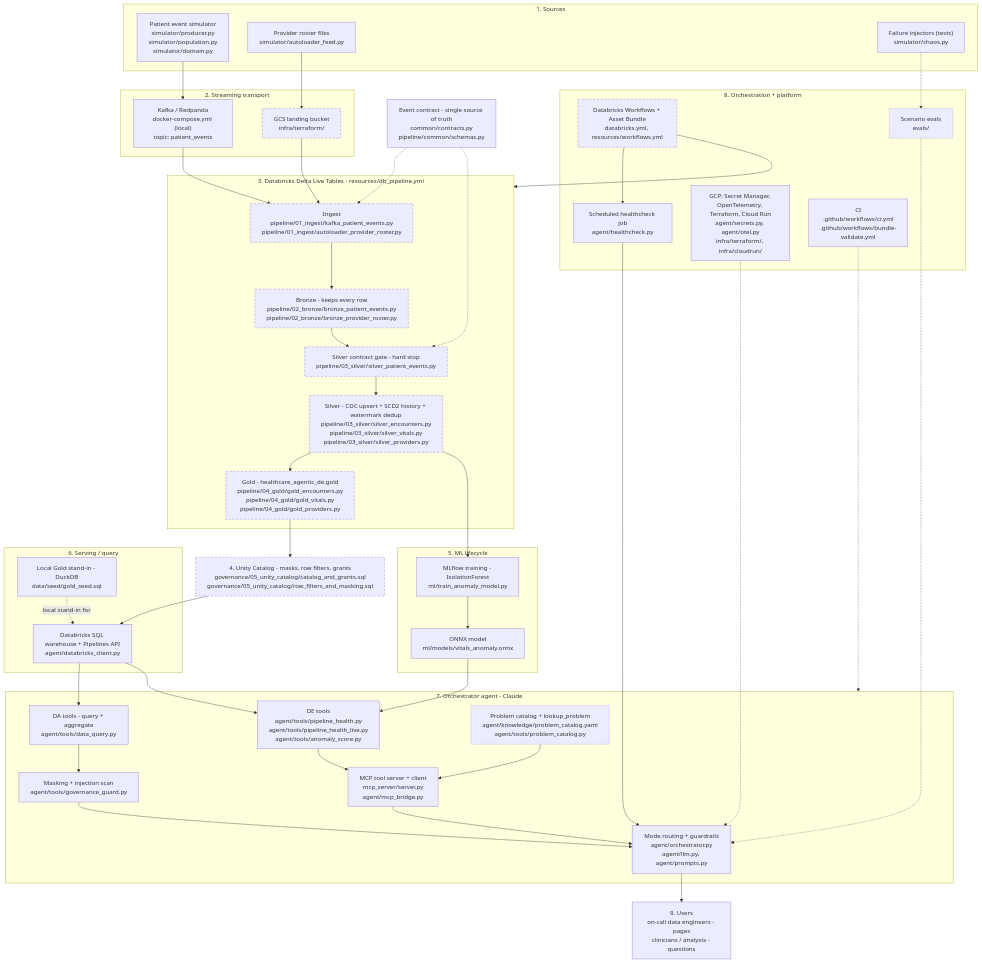
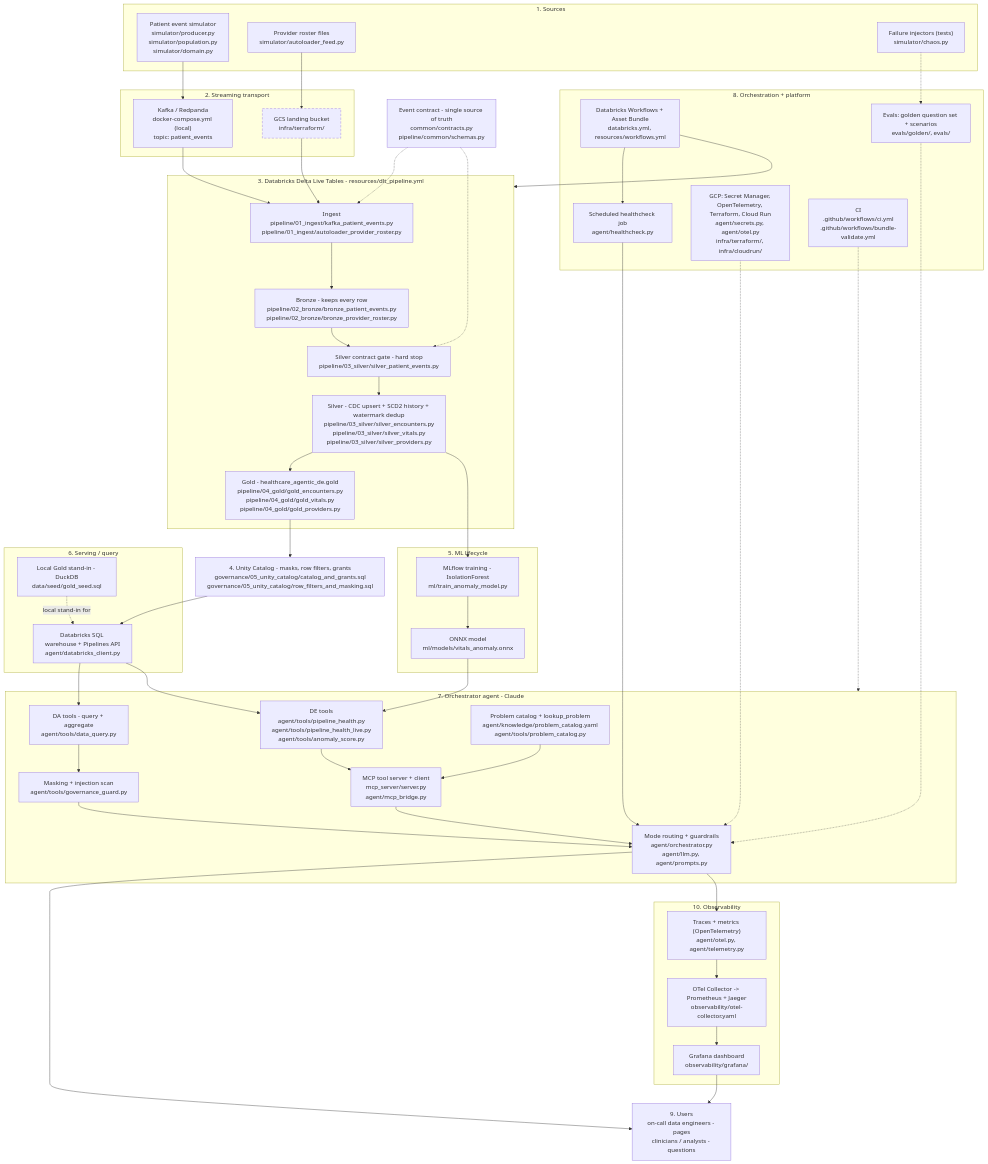
One commit to sumanthreddy369/databricks-agentic-de changed the diagram in docs/stack_flow.md. Above: the diagram before and after it, drawn with Mermaid. The commit also changed other lines of this file and 20 other files, not shown here.

````diff
--- a/docs/stack_flow.md
+++ b/docs/stack_flow.md
@@ -59,7 +57,13 @@
         HC["Scheduled healthcheck job<br/>agent/healthcheck.py"]
         GCP["GCP: Secret Manager, OpenTelemetry, Terraform, Cloud Run<br/>agent/secrets.py, agent/otel.py<br/>infra/terraform/, infra/cloudrun/"]
         CI["CI<br/>.github/workflows/ci.yml<br/>.github/workflows/bundle-validate.yml"]
-        EVAL["Scenario evals<br/>evals/"]
+        EVAL["Evals: golden question set + scenarios<br/>evals/golden/, evals/"]
+    end
+
+    subgraph OBSV["10. Observability"]
+        TEL["Traces + metrics (OpenTelemetry)<br/>agent/otel.py, agent/telemetry.py"]
+        COL["OTel Collector -> Prometheus + Jaeger<br/>observability/otel-collector.yaml"]
+        GRAF["Grafana dashboard<br/>observability/grafana/"]
     end
 
     USERS["9. Users<br/>on-call data engineers - pages<br/>clinicians / analysts - questions"]
@@ -90,9 +94,9 @@
     CI -.-> AGENT
     EVAL -.-> ORCH
     CHAOS -.-> EVAL
+    ORCH --> TEL --> COL --> GRAF --> USERS
 
     classDef unrun stroke-dasharray: 6 4
     classDef localonly stroke-dasharray: 2 2
-    class ING,BRONZE,GATE,SILVER,GOLD,UC,WF,GCS unrun
-    class KB,EVAL localonly
+    class GCS unrun
 ```
````
